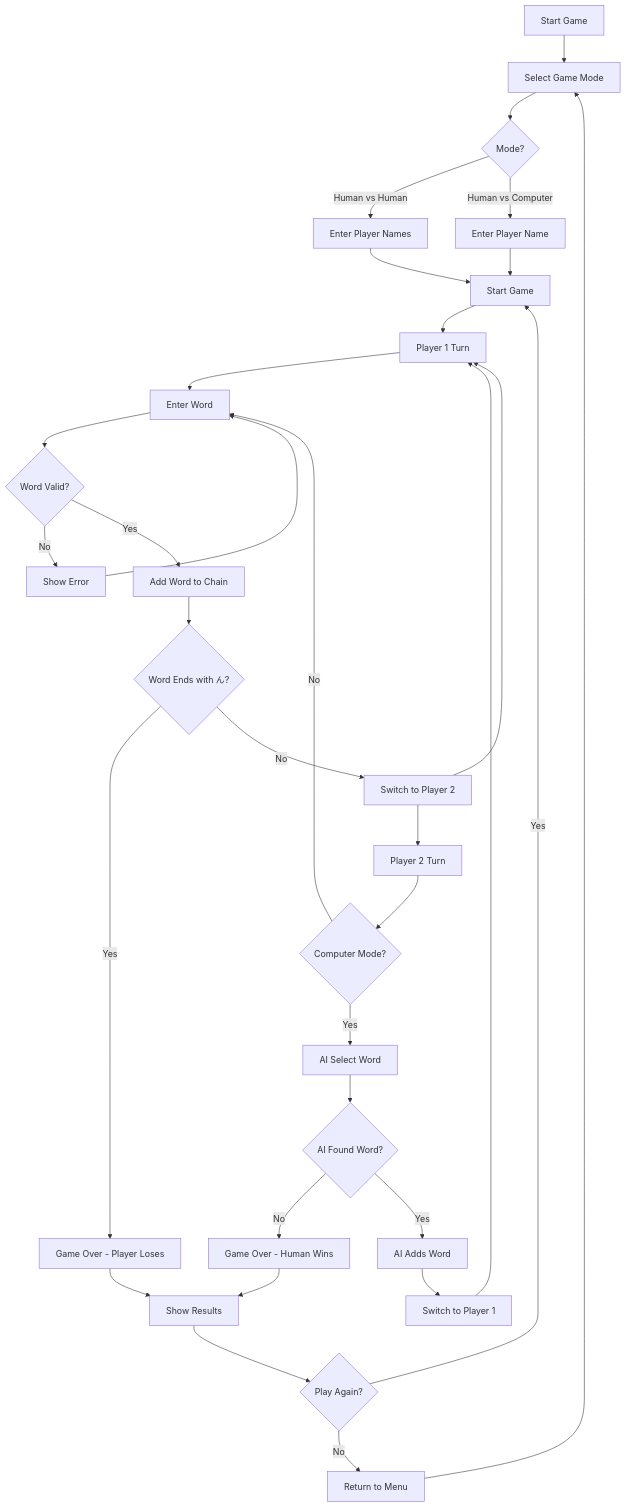
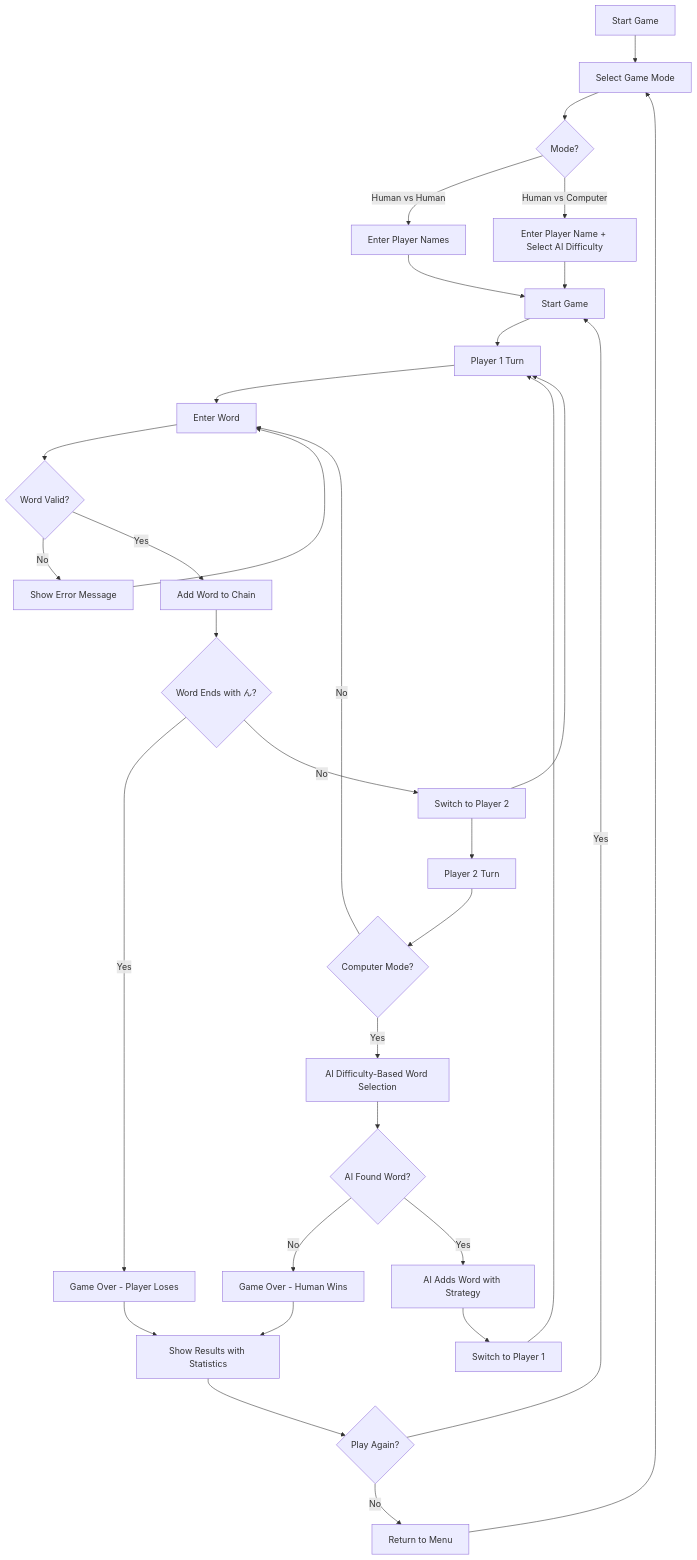
Before and after one commit to suresh2291/Shiritori: the diagram in README.md, drawn with Mermaid. The commit also changed other lines of this file, not shown here.

````diff
--- a/README.md
+++ b/README.md
@@ -114,46 +254,46 @@
 ```mermaid
 flowchart TD
     A[Start Game] --> B[Select Game Mode]
     B --> C{Mode?}
     
     C -->|Human vs Human| D[Enter Player Names]
-    C -->|Human vs Computer| E[Enter Player Name]
+    C -->|Human vs Computer| E[Enter Player Name + Select AI Difficulty]
     
     D --> F[Start Game]
     E --> F
     
     F --> G[Player 1 Turn]
     G --> H[Enter Word]
     H --> I{Word Valid?}
     
-    I -->|No| J[Show Error]
+    I -->|No| J[Show Error Message]
     J --> H
     
     I -->|Yes| K[Add Word to Chain]
     K --> L{Word Ends with ん?}
     
     L -->|Yes| M[Game Over - Player Loses]
     L -->|No| N[Switch to Player 2]
     
     N --> O[Player 2 Turn]
     O --> P{Computer Mode?}
     
-    P -->|Yes| Q[AI Select Word]
+    P -->|Yes| Q[AI Difficulty-Based Word Selection]
     P -->|No| H
     
     Q --> R{AI Found Word?}
     R -->|No| S[Game Over - Human Wins]
-    R -->|Yes| T[AI Adds Word]
+    R -->|Yes| T[AI Adds Word with Strategy]
     
     T --> U[Switch to Player 1]
     U --> G
     
     N --> G
     
-    M --> V[Show Results]
+    M --> V[Show Results with Statistics]
     S --> V
     V --> W{Play Again?}
     W -->|Yes| F
     W -->|No| X[Return to Menu]
     X --> B
 ```
````
